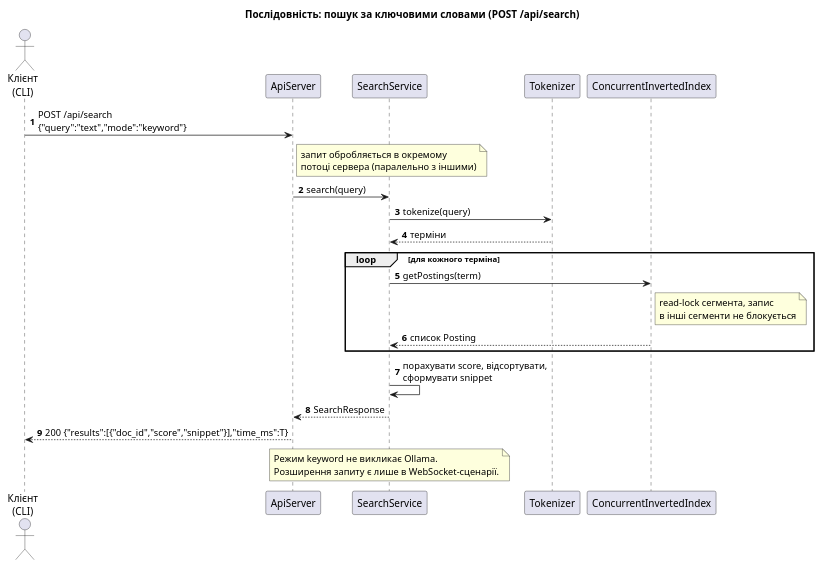
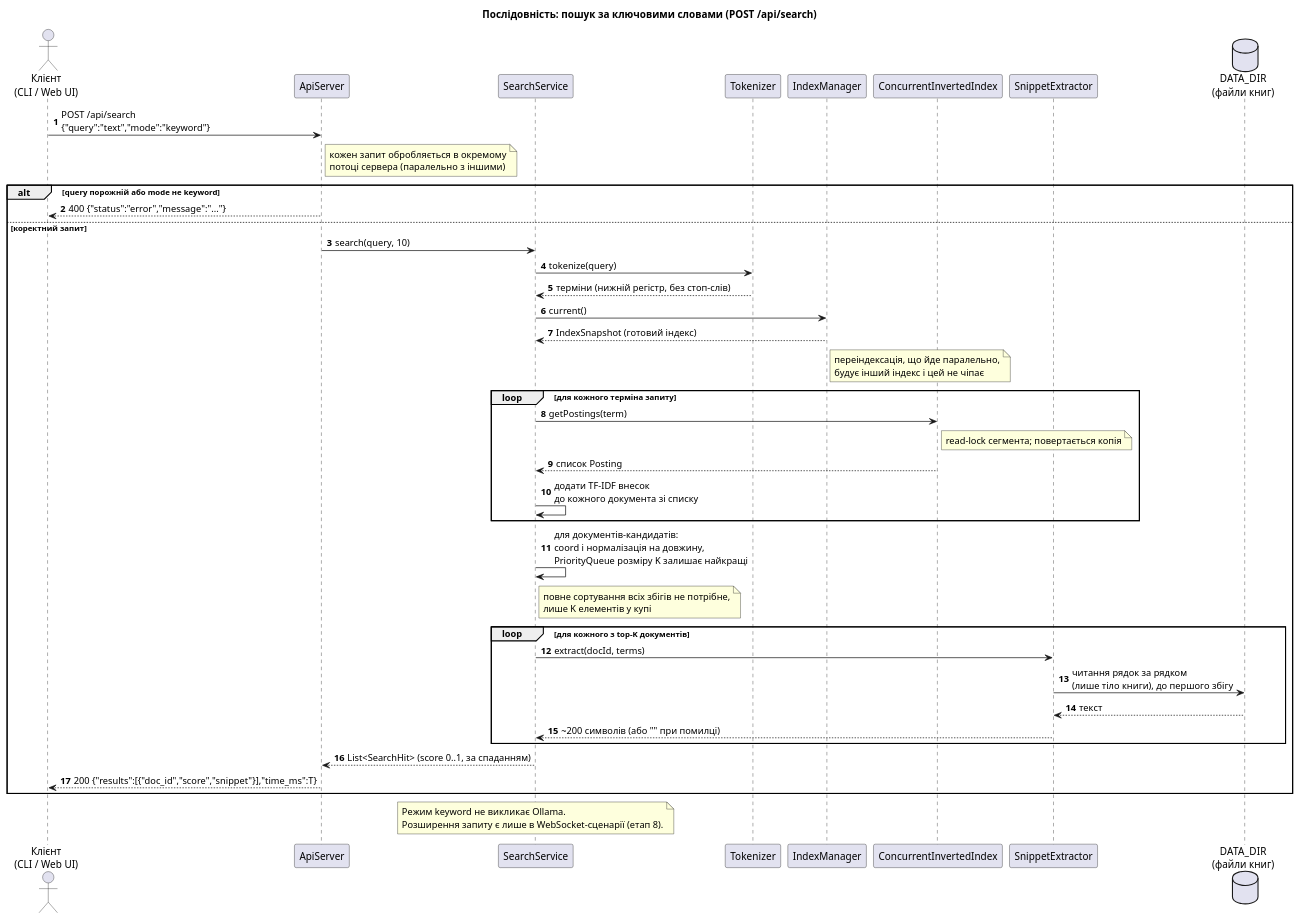
The diagram in docs/uml/sequence-search.puml (V-LP/Parallel-Computing-CW), drawn with PlantUML before and after one commit. The commit also changed 1 other file, not shown here.

Commit message:
docs(uml): update class and search sequence diagrams for stage 7

```diff
--- a/docs/uml/sequence-search.puml
+++ b/docs/uml/sequence-search.puml
@@ -1,34 +1,55 @@
 @startuml sequence-search
 title Послідовність: пошук за ключовими словами (POST /api/search)
 
 skinparam shadowing false
 autonumber
 
-actor "Клієнт\n(CLI)" as Client
+actor "Клієнт\n(CLI / Web UI)" as Client
 participant ApiServer
 participant SearchService
 participant Tokenizer
+participant IndexManager
 participant ConcurrentInvertedIndex as Index
+participant SnippetExtractor
+database "DATA_DIR\n(файли книг)" as Files
 
 Client -> ApiServer : POST /api/search\n{"query":"text","mode":"keyword"}
-note right of ApiServer : запит обробляється в окремому\nпотоці сервера (паралельно з іншими)
-ApiServer -> SearchService : search(query)
-SearchService -> Tokenizer : tokenize(query)
-Tokenizer --> SearchService : терміни
+note right of ApiServer : кожен запит обробляється в окремому\nпотоці сервера (паралельно з іншими)
 
-loop для кожного терміна
-  SearchService -> Index : getPostings(term)
-  note right of Index : read-lock сегмента, запис\nв інші сегменти не блокується
-  Index --> SearchService : список Posting
+alt query порожній або mode не keyword
+  ApiServer --> Client : 400 {"status":"error","message":"..."}
+else коректний запит
+  ApiServer -> SearchService : search(query, 10)
+  SearchService -> Tokenizer : tokenize(query)
+  Tokenizer --> SearchService : терміни (нижній регістр, без стоп-слів)
+  SearchService -> IndexManager : current()
+  IndexManager --> SearchService : IndexSnapshot (готовий індекс)
+  note right of IndexManager : переіндексація, що йде паралельно,\nбудує інший індекс і цей не чіпає
+
+  loop для кожного терміна запиту
+    SearchService -> Index : getPostings(term)
+    note right of Index : read-lock сегмента; повертається копія
+    Index --> SearchService : список Posting
+    SearchService -> SearchService : додати TF-IDF внесок\nдо кожного документа зі списку
+  end
+
+  SearchService -> SearchService : для документів-кандидатів:\ncoord і нормалізація на довжину,\nPriorityQueue розміру K залишає найкращі
+  note right of SearchService : повне сортування всіх збігів не потрібне,\nлише K елементів у купі
+
+  loop для кожного з top-K документів
+    SearchService -> SnippetExtractor : extract(docId, terms)
+    SnippetExtractor -> Files : читання рядок за рядком\n(лише тіло книги), до першого збігу
+    Files --> SnippetExtractor : текст
+    SnippetExtractor --> SearchService : ~200 символів (або "" при помилці)
+  end
+
+  SearchService --> ApiServer : List<SearchHit> (score 0..1, за спаданням)
+  ApiServer --> Client : 200 {"results":[{"doc_id","score","snippet"}],"time_ms":T}
 end
-
-SearchService -> SearchService : порахувати score, відсортувати,\nсформувати snippet
-SearchService --> ApiServer : SearchResponse
-ApiServer --> Client : 200 {"results":[{"doc_id","score","snippet"}],"time_ms":T}
 
 note over SearchService
   Режим keyword не викликає Ollama.
-  Розширення запиту є лише в WebSocket-сценарії.
+  Розширення запиту є лише в WebSocket-сценарії (етап 8).
 end note
 
 @enduml
```
